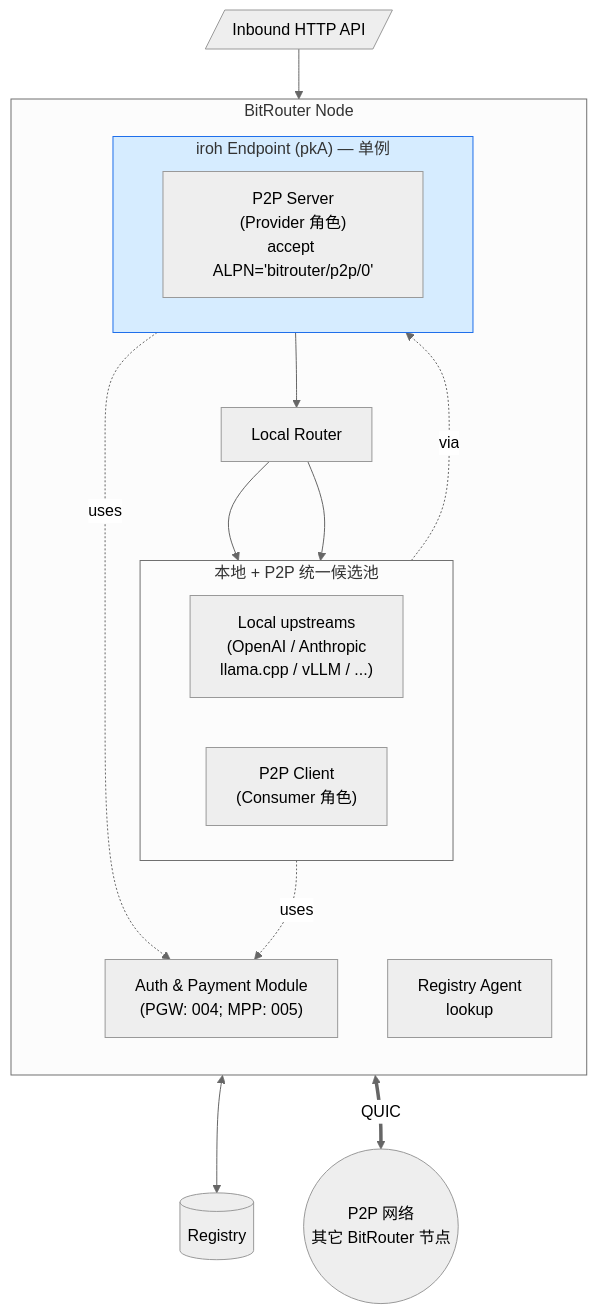
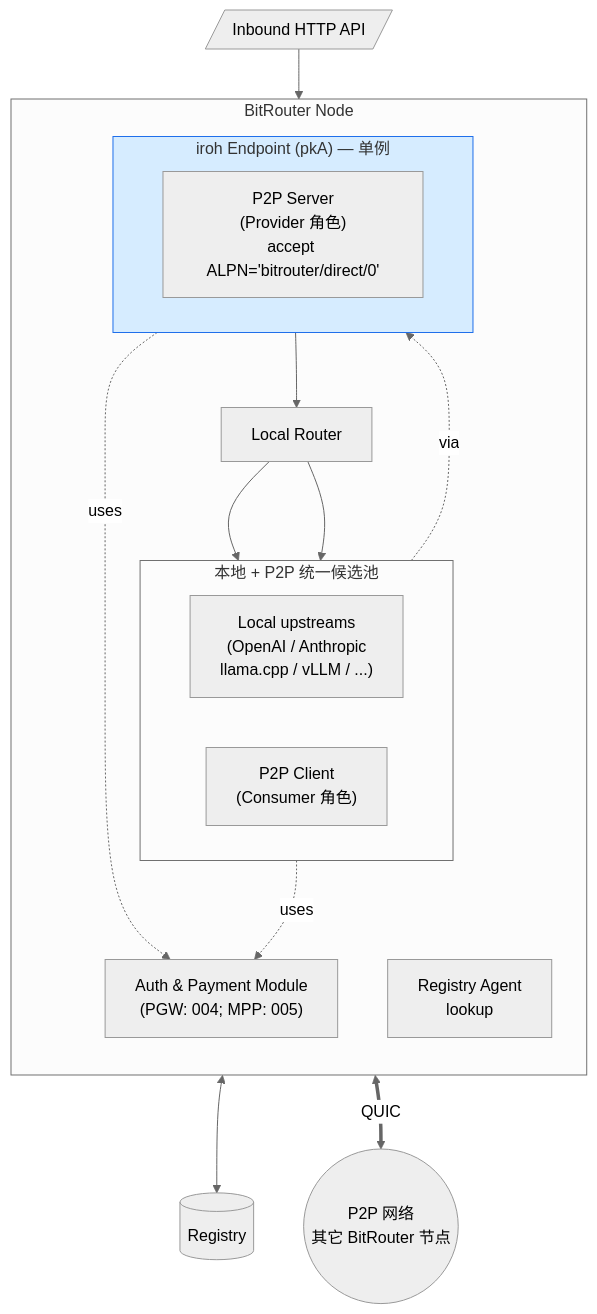
The fourth of 4 diagrams in specs/p2p/001-01-overview.md (bitrouter/bitrouter), drawn with Mermaid (neutral theme) before and after one commit. The commit also changed other lines of this file and 18 other files, not shown here.

````diff
--- a/specs/p2p/001-01-overview.md
+++ b/specs/p2p/001-01-overview.md
@@ -258,34 +258,34 @@
 ```mermaid
 flowchart TB
     API[/"Inbound HTTP API"/]
     subgraph Node["BitRouter Node"]
         direction TB
         LR["Local Router"]
         subgraph Upstreams["本地 + P2P 统一候选池"]
             direction LR
             LU["Local upstreams<br/>(OpenAI / Anthropic<br/>llama.cpp / vLLM / ...)"]
             PC["P2P Client<br/>(Consumer 角色)"]
         end
         subgraph IrohBox["iroh Endpoint (pkA) — 单例"]
             direction LR
-            PS["P2P Server<br/>(Provider 角色)<br/>accept ALPN='bitrouter/p2p/0'"]
+            PS["P2P Server<br/>(Provider 角色)<br/>accept ALPN='bitrouter/direct/0'"]
         end
         RA["Registry Agent<br/>lookup"]
         PM["Auth & Payment Module<br/>(PGW: 004; MPP: 005)"]
     end
     Registry[("Registry")]
     Net(("P2P 网络<br/>其它 BitRouter 节点"))
 
     API --> LR
     LR --> LU
     LR --> PC
     PC -.via.-> IrohBox
     IrohBox <== QUIC ==> Net
     PS --> LR
     RA <--> Registry
     PC -.uses.-> PM
     PS -.uses.-> PM
 
     classDef shared fill:#d6ecff,stroke:#1f6feb
     class IrohBox shared
 ```
````
